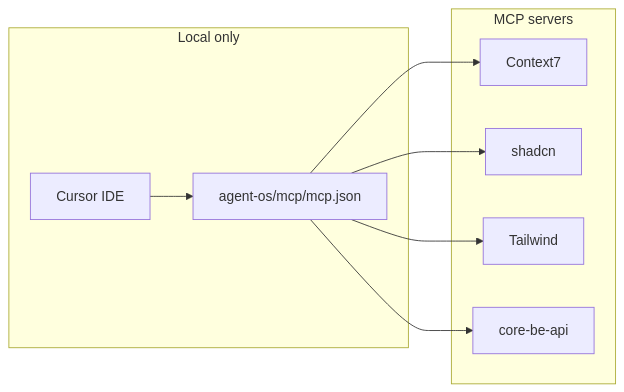
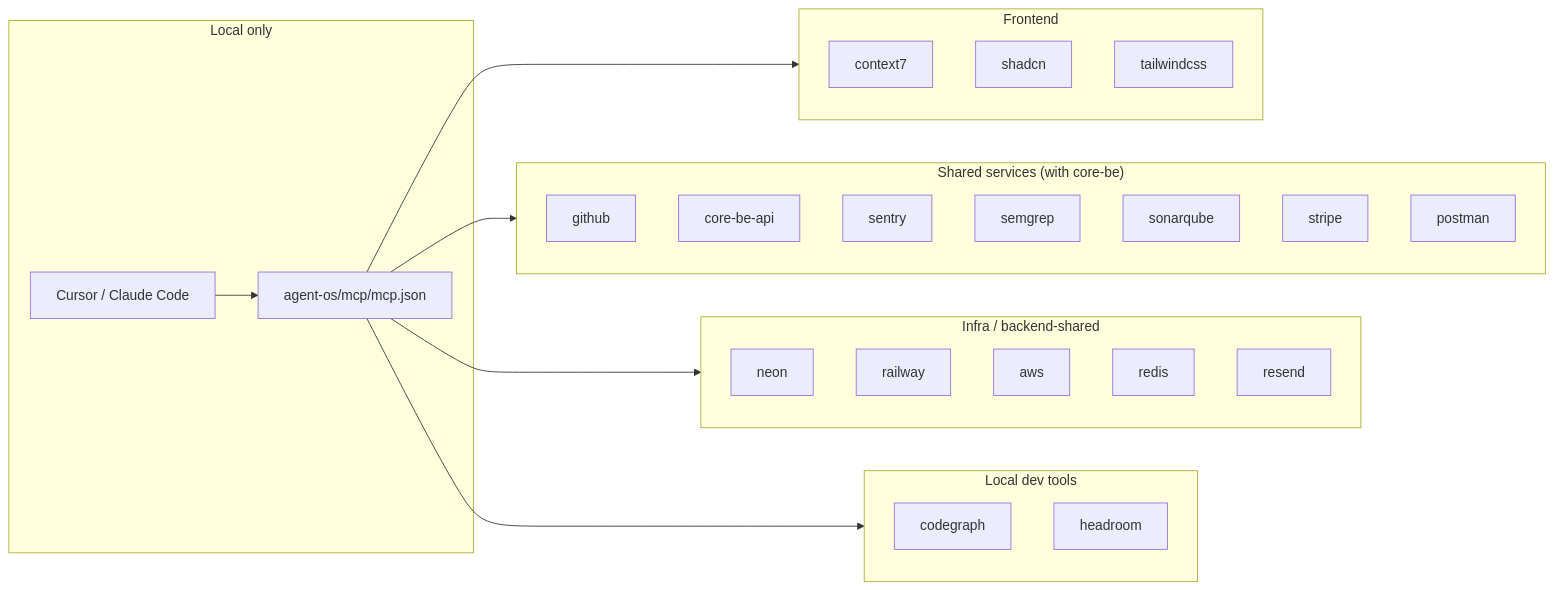
The diagram in agent-os/docs/cursor-mcp-setup.md (nikunjmavani/core-fe), drawn with Mermaid before and after one commit. The commit also changed other lines of this file and 1 other file, not shown here.

First line of the commit message:
chore(mcp): adopt core-be's MCP server set + add github (core-fe)

````diff
--- a/agent-os/docs/cursor-mcp-setup.md
+++ b/agent-os/docs/cursor-mcp-setup.md
@@ -7,18 +7,37 @@
 ```mermaid
 flowchart LR
   subgraph local["Local only"]
-    C[Cursor IDE]
+    C[Cursor / Claude Code]
     M[agent-os/mcp/mcp.json]
   end
-  subgraph mcps["MCP servers"]
-    C7[Context7]
+  subgraph fe["Frontend"]
+    C7[context7]
     S[shadcn]
-    T[Tailwind]
+    T[tailwindcss]
+  end
+  subgraph shared["Shared services (with core-be)"]
+    GH[github]
     BE[core-be-api]
+    SE[sentry]
+    SG[semgrep]
+    SQ[sonarqube]
+    ST[stripe]
+    PM[postman]
+  end
+  subgraph infra["Infra / backend-shared"]
+    NE[neon]
+    RW[railway]
+    AW[aws]
+    RE[redis]
+    RS[resend]
+  end
+  subgraph dev["Local dev tools"]
+    CG[codegraph]
+    HR[headroom]
   end
   C --> M
-  M --> C7
-  M --> S
-  M --> T
-  M --> BE
+  M --> fe
+  M --> shared
+  M --> infra
+  M --> dev
 ```
````
